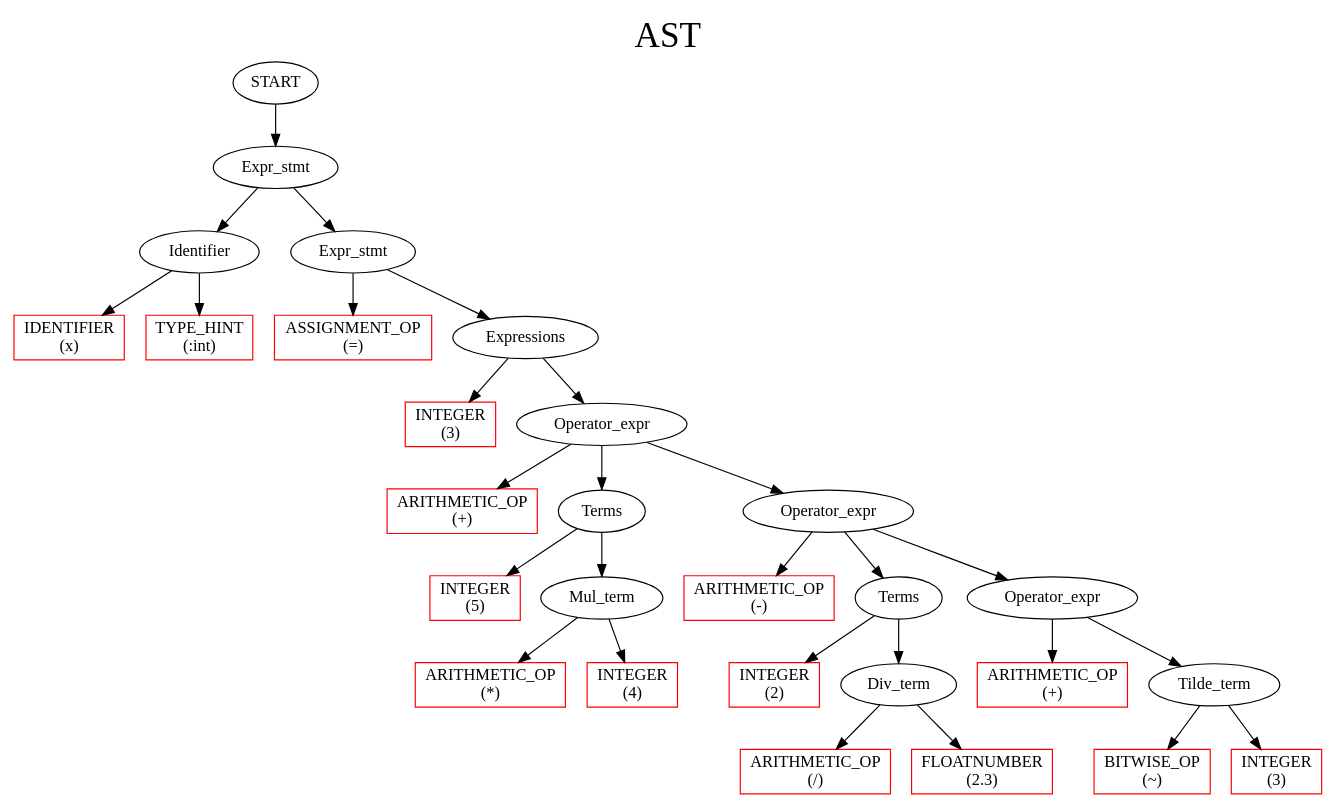
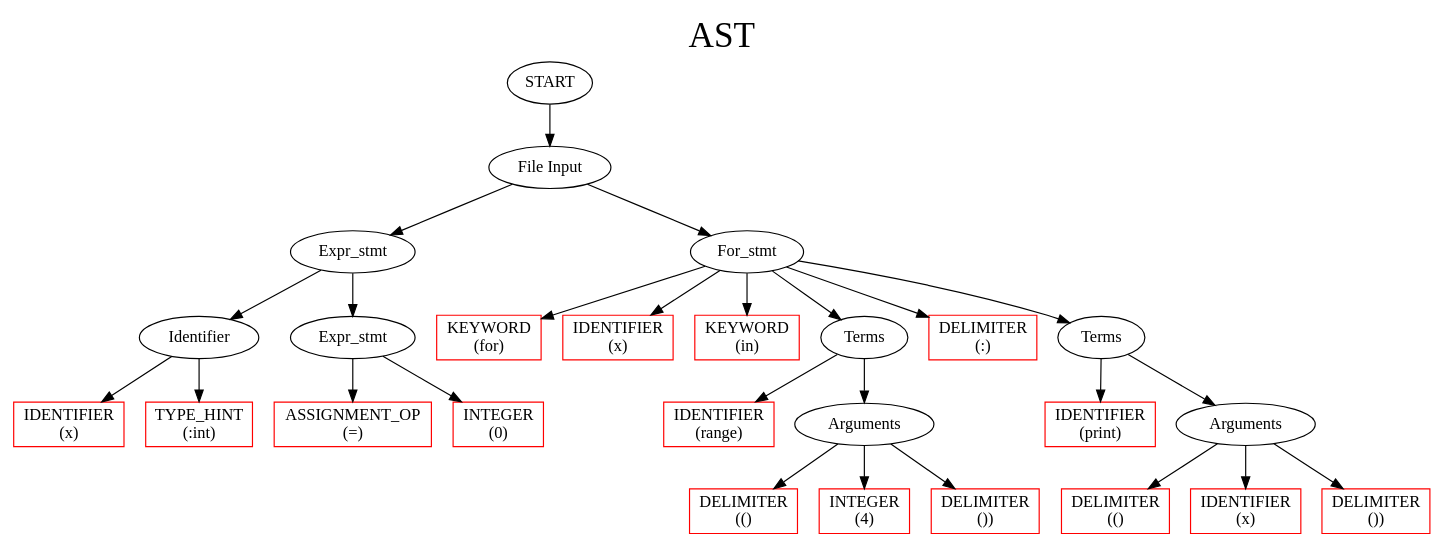
One commit to depanshu357/CS335-Compiler changed the diagram in output.dot. Above: the diagram before and after it, drawn with Graphviz. The commit also changed 5 other files, not shown here.

```diff
--- a/output.dot
+++ b/output.dot
@@ -1,79 +1,76 @@
 digraph G{
 
 label     = "AST"
 fontname  = "Cascadia code"
 fontsize  = 30
 labelloc  = t
 
 node   [ fontname="Cascadia code" ]
-	56		[ style = solid label = "START"  ];
-	56 -> 53
-	53		[ style = solid label = "Expr_stmt"  ];
-	53 -> 2
+	93		[ style = solid label = "START"  ];
+	93 -> 92
+	92		[ style = solid label = "File Input"  ];
+	92 -> 26
+	26		[ style = solid label = "Expr_stmt"  ];
+	26 -> 2
 	2		[ style = solid label = "Identifier"  ];
 	2 -> 0
 	0		[ style = solid label = "IDENTIFIER 
 (x)" color = red shape = rectangle ];
 	2 -> 1
 	1		[ style = solid label = "TYPE_HINT 
 (:int)" color = red shape = rectangle ];
-	53 -> 52
-	52		[ style = solid label = "Expr_stmt"  ];
-	52 -> 3
+	26 -> 25
+	25		[ style = solid label = "Expr_stmt"  ];
+	25 -> 3
 	3		[ style = solid label = "ASSIGNMENT_OP 
 (=)" color = red shape = rectangle ];
-	52 -> 44
-	44		[ style = solid label = "Expressions"  ];
-	44 -> 14
+	25 -> 14
 	14		[ style = solid label = "INTEGER 
-(3)" color = red shape = rectangle ];
-	44 -> 43
-	43		[ style = solid label = "Operator_expr"  ];
-	43 -> 15
-	15		[ style = solid label = "ARITHMETIC_OP 
-(+)" color = red shape = rectangle ];
-	43 -> 26
-	26		[ style = solid label = "Terms"  ];
-	26 -> 18
-	18		[ style = solid label = "INTEGER 
-(5)" color = red shape = rectangle ];
-	26 -> 24
-	24		[ style = solid label = "Mul_term"  ];
-	24 -> 19
-	19		[ style = solid label = "ARITHMETIC_OP 
-(*)" color = red shape = rectangle ];
-	24 -> 21
-	21		[ style = solid label = "INTEGER 
+(0)" color = red shape = rectangle ];
+	92 -> 90
+	90		[ style = solid label = "For_stmt"  ];
+	90 -> 28
+	28		[ style = solid label = "KEYWORD 
+(for)" color = red shape = rectangle ];
+	90 -> 29
+	29		[ style = solid label = "IDENTIFIER 
+(x)" color = red shape = rectangle ];
+	90 -> 30
+	30		[ style = solid label = "KEYWORD 
+(in)" color = red shape = rectangle ];
+	90 -> 54
+	54		[ style = solid label = "Terms"  ];
+	54 -> 38
+	38		[ style = solid label = "IDENTIFIER 
+(range)" color = red shape = rectangle ];
+	54 -> 51
+	51		[ style = solid label = "Arguments"  ];
+	51 -> 39
+	39		[ style = solid label = "DELIMITER 
+(()" color = red shape = rectangle ];
+	51 -> 40
+	40		[ style = solid label = "INTEGER 
 (4)" color = red shape = rectangle ];
-	43 -> 42
-	42		[ style = solid label = "Operator_expr"  ];
-	42 -> 22
-	22		[ style = solid label = "ARITHMETIC_OP 
-(-)" color = red shape = rectangle ];
-	42 -> 35
-	35		[ style = solid label = "Terms"  ];
-	35 -> 27
-	27		[ style = solid label = "INTEGER 
-(2)" color = red shape = rectangle ];
-	35 -> 33
-	33		[ style = solid label = "Div_term"  ];
-	33 -> 28
-	28		[ style = solid label = "ARITHMETIC_OP 
-(/)" color = red shape = rectangle ];
-	33 -> 30
-	30		[ style = solid label = "FLOATNUMBER 
-(2.3)" color = red shape = rectangle ];
-	42 -> 41
-	41		[ style = solid label = "Operator_expr"  ];
-	41 -> 31
-	31		[ style = solid label = "ARITHMETIC_OP 
-(+)" color = red shape = rectangle ];
-	41 -> 39
-	39		[ style = solid label = "Tilde_term"  ];
-	39 -> 36
-	36		[ style = solid label = "BITWISE_OP 
-(~)" color = red shape = rectangle ];
-	39 -> 37
-	37		[ style = solid label = "INTEGER 
-(3)" color = red shape = rectangle ];
+	51 -> 41
+	41		[ style = solid label = "DELIMITER 
+())" color = red shape = rectangle ];
+	90 -> 52
+	52		[ style = solid label = "DELIMITER 
+(:)" color = red shape = rectangle ];
+	90 -> 79
+	79		[ style = solid label = "Terms"  ];
+	79 -> 64
+	64		[ style = solid label = "IDENTIFIER 
+(print)" color = red shape = rectangle ];
+	79 -> 77
+	77		[ style = solid label = "Arguments"  ];
+	77 -> 65
+	65		[ style = solid label = "DELIMITER 
+(()" color = red shape = rectangle ];
+	77 -> 66
+	66		[ style = solid label = "IDENTIFIER 
+(x)" color = red shape = rectangle ];
+	77 -> 67
+	67		[ style = solid label = "DELIMITER 
+())" color = red shape = rectangle ];
 }
```
